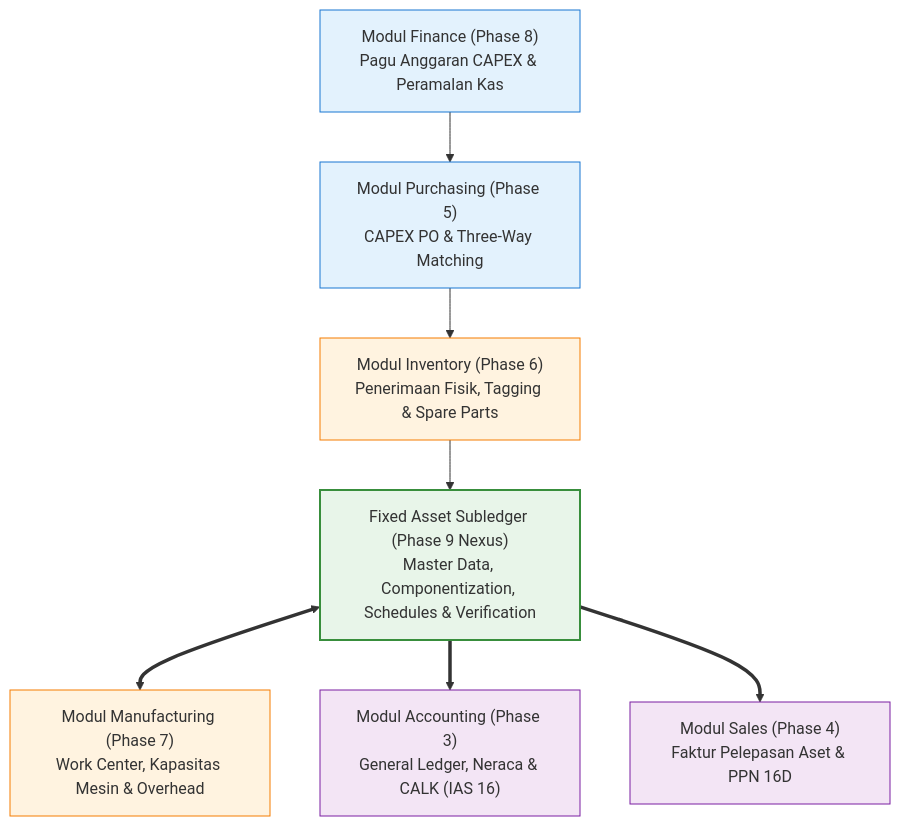
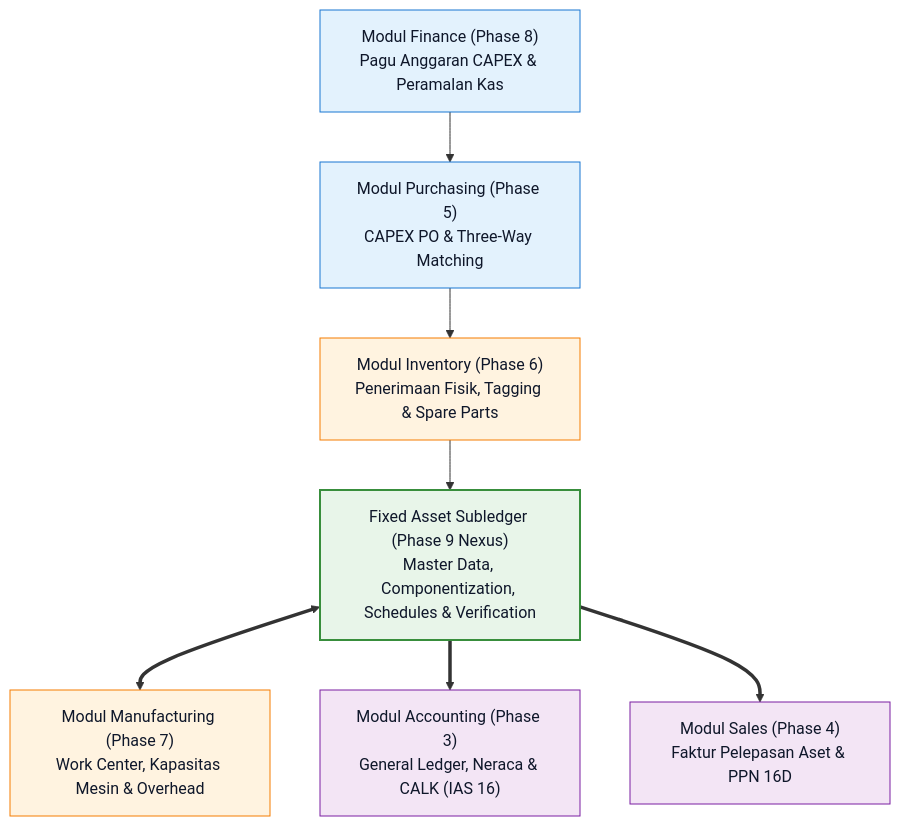
Before and after one commit to alimurrofid/erp-notes: the first of 2 diagrams in content/08-assets/fixed-assets-integration.md, drawn with Mermaid. The commit also changed 15 other files, not shown here.

Commit message:
fix(content):Mermaid classDef darkmode text color

````diff
--- a/content/08-assets/fixed-assets-integration.md
+++ b/content/08-assets/fixed-assets-integration.md
@@ -9,30 +9,30 @@
 ```mermaid
 flowchart TD
     Fin["Modul Finance (Phase 8)<br/>Pagu Anggaran CAPEX & Peramalan Kas"]
     Pur["Modul Purchasing (Phase 5)<br/>CAPEX PO & Three-Way Matching"]
 
     Inv["Modul Inventory (Phase 6)<br/>Penerimaan Fisik, Tagging & Spare Parts"]
     Prod["Modul Manufacturing (Phase 7)<br/>Work Center, Kapasitas Mesin & Overhead"]
 
     FA["Fixed Asset Subledger (Phase 9 Nexus)<br/>Master Data, Componentization, Schedules & Verification"]
 
     GL["Modul Accounting (Phase 3)<br/>General Ledger, Neraca & CALK (IAS 16)"]
     Sales["Modul Sales (Phase 4)<br/>Faktur Pelepasan Aset & PPN 16D"]
 
     Fin --> Pur
     Pur --> Inv
     Inv --> FA
     FA <==> Prod
     FA ==> GL
     FA ==> Sales
 
-    classDef upstream fill:#e3f2fd,stroke:#1976d2,stroke-width:1px;
-    classDef ops fill:#fff3e0,stroke:#f57c00,stroke-width:1px;
-    classDef core fill:#e8f5e9,stroke:#388e3c,stroke-width:2px;
-    classDef downstream fill:#f3e5f5,stroke:#7b1fa2,stroke-width:1px;
+    classDef upstream fill:#e3f2fd,stroke:#1976d2,stroke-width:1px,color:#0f172a;
+    classDef ops fill:#fff3e0,stroke:#f57c00,stroke-width:1px,color:#0f172a;
+    classDef core fill:#e8f5e9,stroke:#388e3c,stroke-width:2px,color:#0f172a;
+    classDef downstream fill:#f3e5f5,stroke:#7b1fa2,stroke-width:1px,color:#0f172a;
 
     class Fin,Pur upstream;
     class Inv,Prod ops;
     class FA core;
     class GL,Sales downstream;
 ```
````
